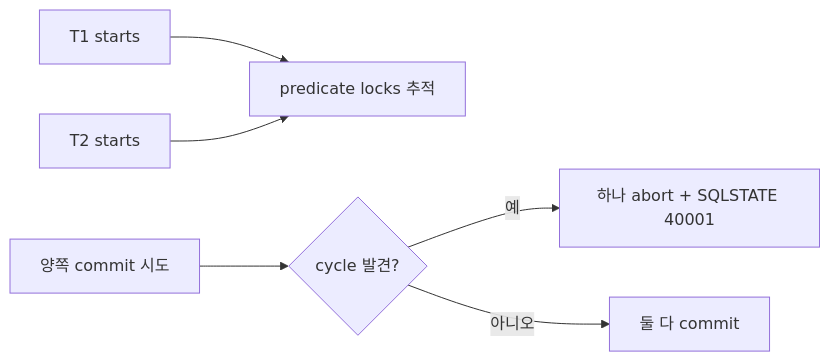
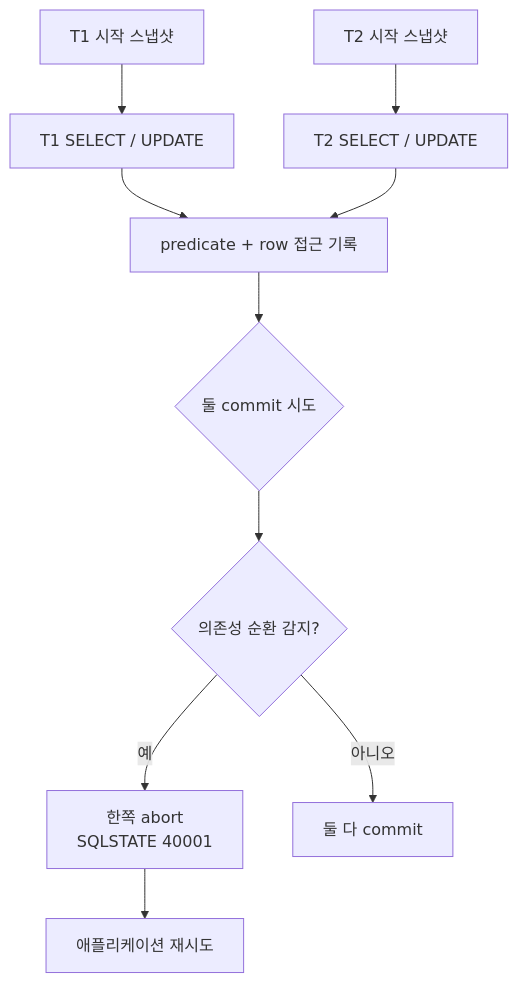
One commit to shinkeonkim/shinkeonkim.github.io changed the second of 2 diagrams in src/content/wiki/database-internals/transaction-isolation-levels.mdx. Above: the diagram before and after it, drawn with Mermaid. The commit also changed other lines of this file, not shown here.

````diff
--- a/src/content/wiki/database-internals/transaction-isolation-levels.mdx
+++ b/src/content/wiki/database-internals/transaction-isolation-levels.mdx
@@ -126,8 +435,12 @@
 ```mermaid
-flowchart LR
-    T1[T1 starts] --> Track[predicate locks 추적]
-    T2[T2 starts] --> Track
-    Commit[양쪽 commit 시도] --> Check{cycle 발견?}
-    Check -->|예| Abort[하나 abort + SQLSTATE 40001]
-    Check -->|아니오| OK[둘 다 commit]
+flowchart TD
+    T1[T1 시작 스냅샷] --> Read1[T1 SELECT / UPDATE]
+    T2[T2 시작 스냅샷] --> Read2[T2 SELECT / UPDATE]
+    Read1 --> Track[predicate + row 접근 기록]
+    Read2 --> Track
+    Track --> Commit{둘 commit 시도}
+    Commit --> Cycle{의존성 순환 감지?}
+    Cycle -->|예| Abort[한쪽 abort<br/>SQLSTATE 40001]
+    Cycle -->|아니오| OK[둘 다 commit]
+    Abort --> Retry[애플리케이션 재시도]
 ```
````
